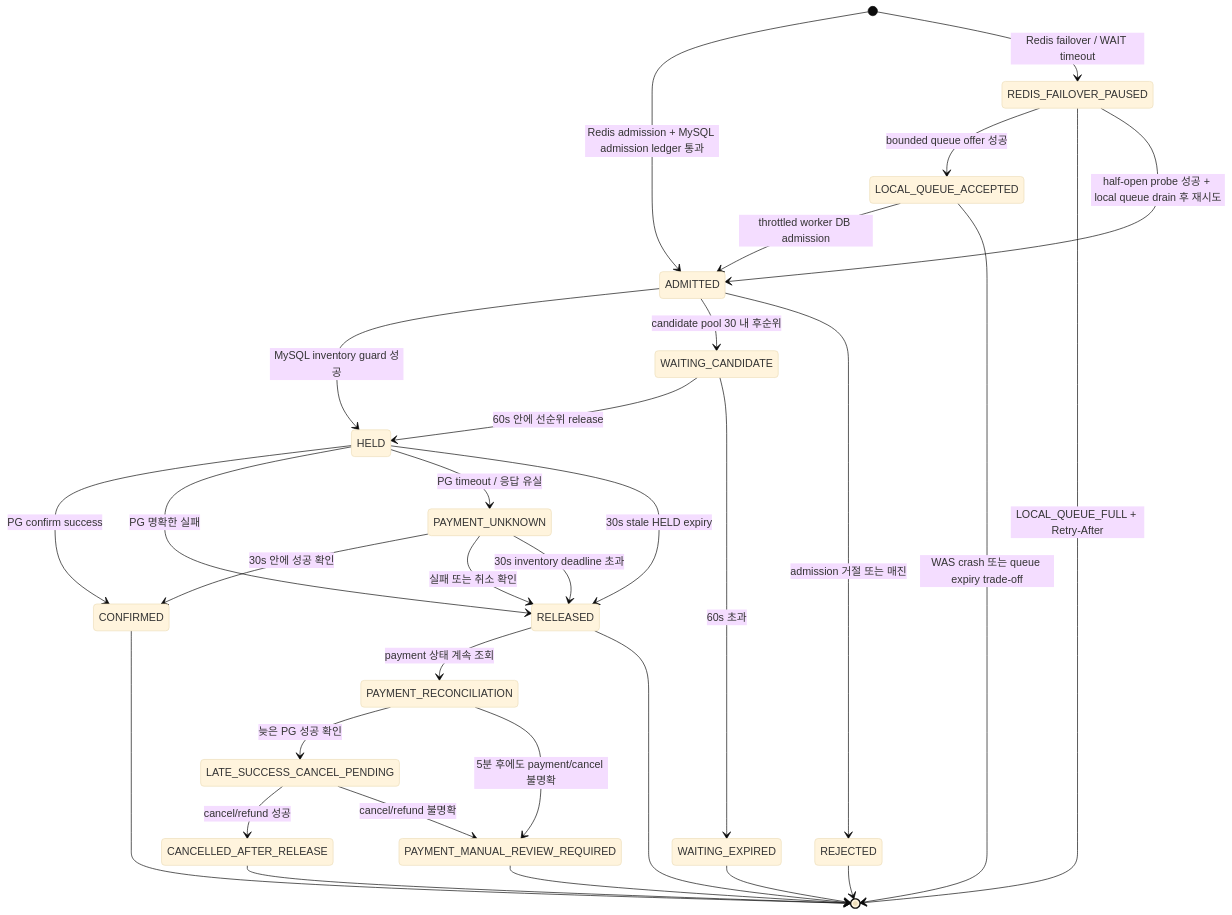
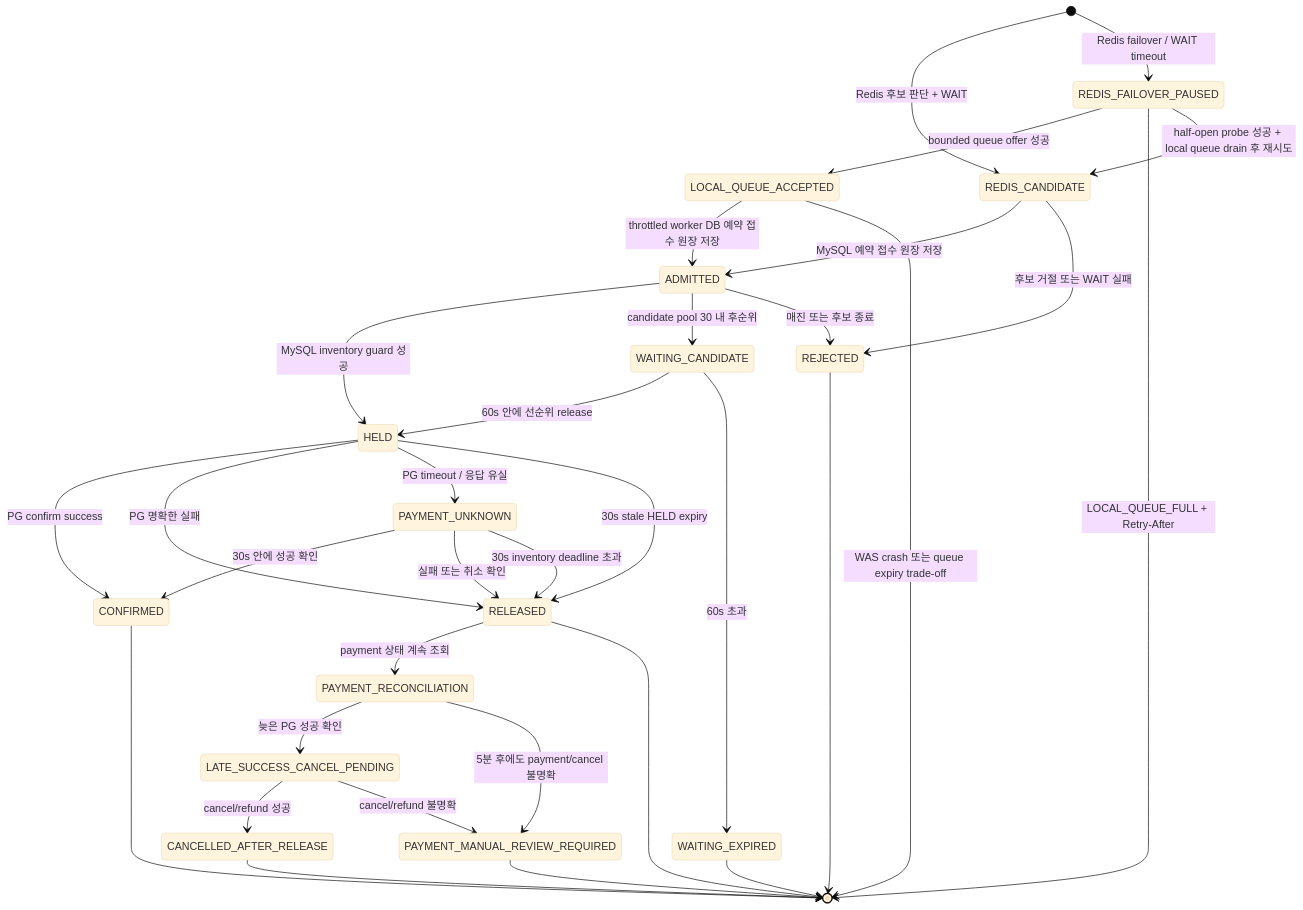
The sixth of 6 diagrams in docs/system-design/booking-user-flow-mermaid.md (lsh1215/peak-booking-system), drawn with Mermaid (base theme) before and after one commit. The commit also changed other lines of this file and 1 other file, not shown here.

First line of the commit message:
docs: update SDD and booking flow

````diff
--- a/docs/system-design/booking-user-flow-mermaid.md
+++ b/docs/system-design/booking-user-flow-mermaid.md
@@ -226,33 +232,35 @@
 ```mermaid
 stateDiagram-v2
-    [*] --> ADMITTED: Redis admission + MySQL admission ledger 통과
+    [*] --> REDIS_CANDIDATE: Redis 후보 판단 + WAIT
+    REDIS_CANDIDATE --> ADMITTED: MySQL 예약 접수 원장 저장
+    REDIS_CANDIDATE --> REJECTED: 후보 거절 또는 WAIT 실패
     [*] --> REDIS_FAILOVER_PAUSED: Redis failover / WAIT timeout
     REDIS_FAILOVER_PAUSED --> LOCAL_QUEUE_ACCEPTED: bounded queue offer 성공
     REDIS_FAILOVER_PAUSED --> [*]: LOCAL_QUEUE_FULL + Retry-After
-    LOCAL_QUEUE_ACCEPTED --> ADMITTED: throttled worker DB admission
+    LOCAL_QUEUE_ACCEPTED --> ADMITTED: throttled worker DB 예약 접수 원장 저장
     LOCAL_QUEUE_ACCEPTED --> [*]: WAS crash 또는 queue expiry trade-off
-    REDIS_FAILOVER_PAUSED --> ADMITTED: half-open probe 성공 + local queue drain 후 재시도
+    REDIS_FAILOVER_PAUSED --> REDIS_CANDIDATE: half-open probe 성공 + local queue drain 후 재시도
     ADMITTED --> HELD: MySQL inventory guard 성공
     ADMITTED --> WAITING_CANDIDATE: candidate pool 30 내 후순위
-    ADMITTED --> REJECTED: admission 거절 또는 매진
+    ADMITTED --> REJECTED: 매진 또는 후보 종료
     WAITING_CANDIDATE --> HELD: 60s 안에 선순위 release
     WAITING_CANDIDATE --> WAITING_EXPIRED: 60s 초과
     HELD --> CONFIRMED: PG confirm success
     HELD --> RELEASED: PG 명확한 실패
     HELD --> PAYMENT_UNKNOWN: PG timeout / 응답 유실
     HELD --> RELEASED: 30s stale HELD expiry
     PAYMENT_UNKNOWN --> CONFIRMED: 30s 안에 성공 확인
     PAYMENT_UNKNOWN --> RELEASED: 실패 또는 취소 확인
     PAYMENT_UNKNOWN --> RELEASED: 30s inventory deadline 초과
     RELEASED --> PAYMENT_RECONCILIATION: payment 상태 계속 조회
     PAYMENT_RECONCILIATION --> LATE_SUCCESS_CANCEL_PENDING: 늦은 PG 성공 확인
     LATE_SUCCESS_CANCEL_PENDING --> CANCELLED_AFTER_RELEASE: cancel/refund 성공
     LATE_SUCCESS_CANCEL_PENDING --> PAYMENT_MANUAL_REVIEW_REQUIRED: cancel/refund 불명확
     PAYMENT_RECONCILIATION --> PAYMENT_MANUAL_REVIEW_REQUIRED: 5분 후에도 payment/cancel 불명확
     CONFIRMED --> [*]
     RELEASED --> [*]
     PAYMENT_MANUAL_REVIEW_REQUIRED --> [*]
     CANCELLED_AFTER_RELEASE --> [*]
     WAITING_EXPIRED --> [*]
     REJECTED --> [*]
 ```
````
